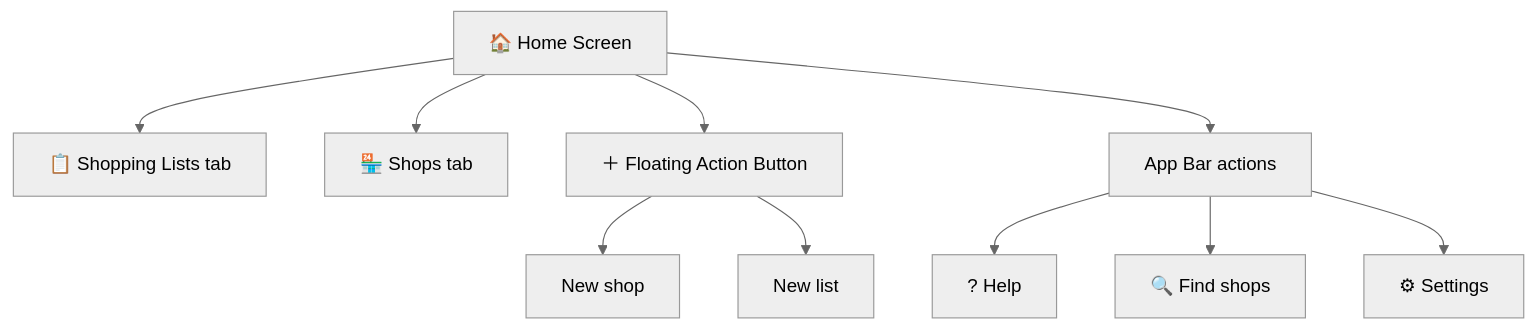
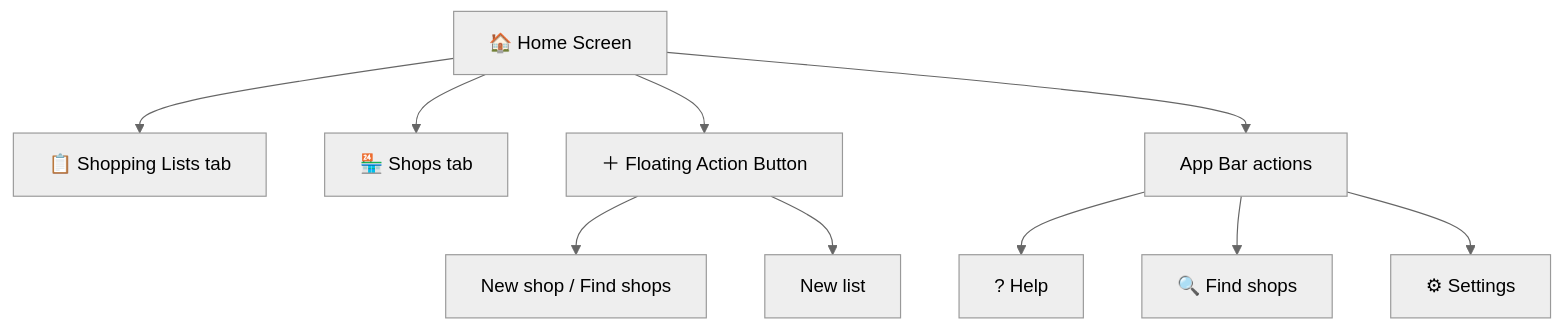
Before and after one commit to danile42/fairelescourses: the first of 10 diagrams in docs/user-guide.md, drawn with Mermaid (neutral theme). The commit also changed other lines of this file and 7 other files, not shown here.

Commit message:
docs: update user and architecture documentation

````diff
--- a/docs/user-guide.md
+++ b/docs/user-guide.md
@@ -38,14 +38,14 @@
 ```mermaid
 flowchart TD
     Home["🏠 Home Screen"] --> Lists["📋 Shopping Lists tab"]
     Home --> Shops["🏪 Shops tab"]
     Home --> FAB["＋ Floating Action Button"]
     Home --> AppBar["App Bar actions"]
 
-    FAB --> NewShop["New shop"]
+    FAB --> NewShop["New shop / Find shops"]
     FAB --> NewList["New list"]
 
     AppBar --> Help["? Help"]
     AppBar --> Search["🔍 Find shops"]
     AppBar --> Settings["⚙ Settings"]
 ```
````
